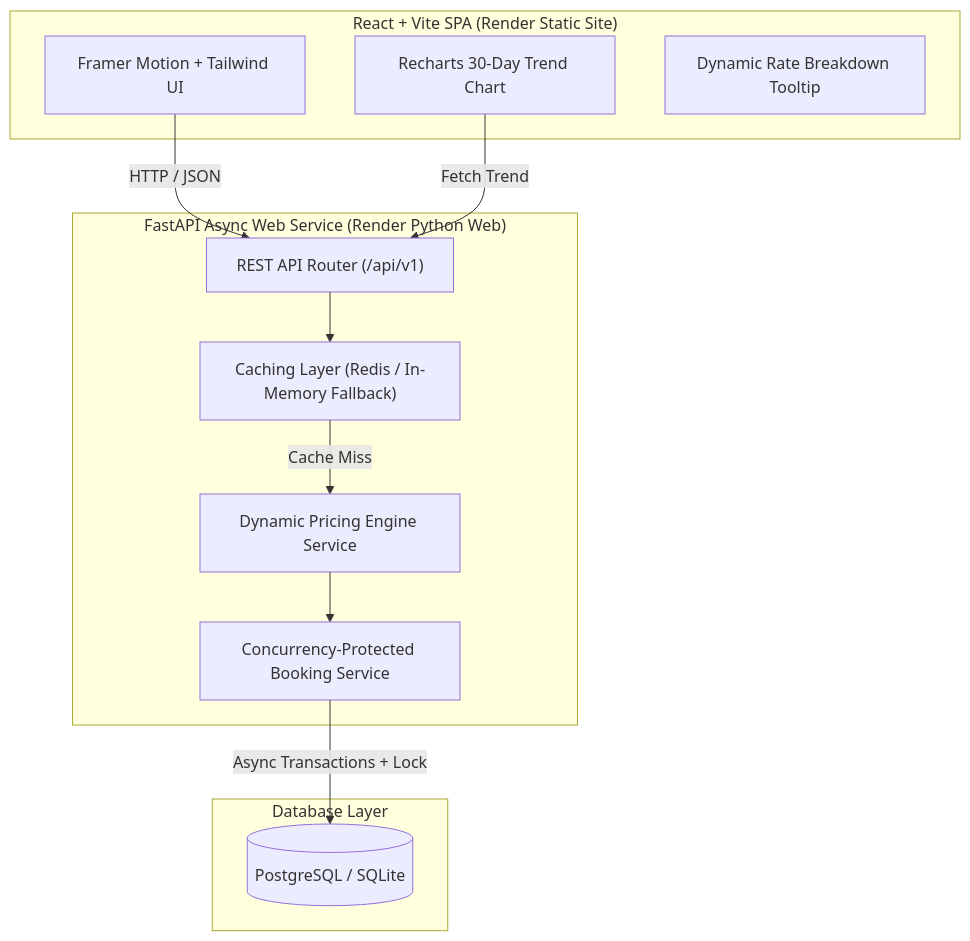
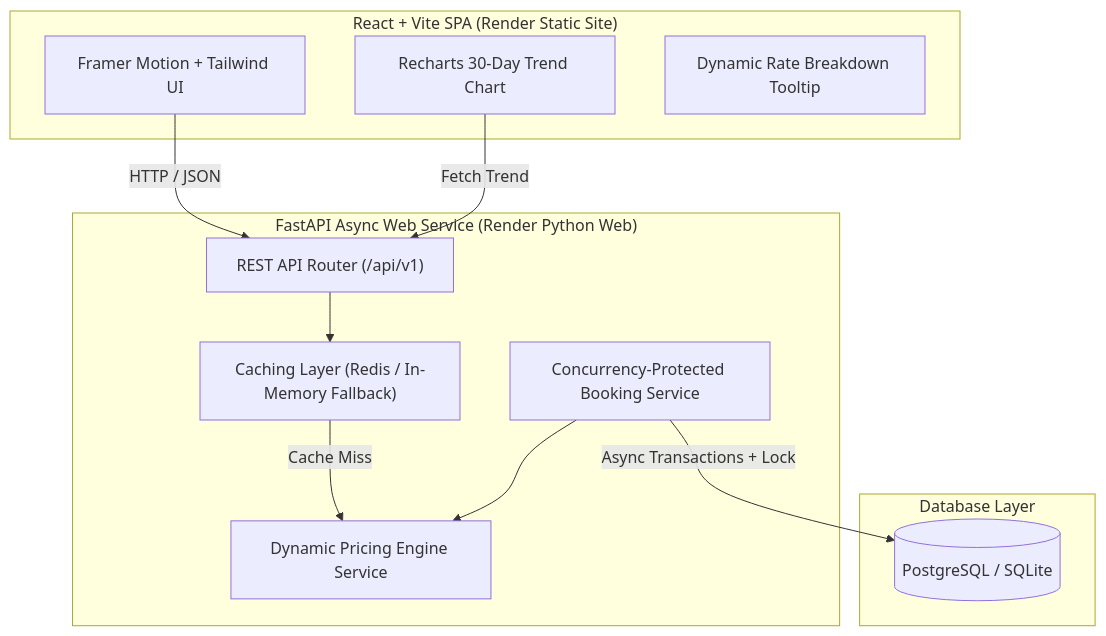
The diagram in README.md (RahulAditya22/zenith-hotel-pricing-platform), drawn with Mermaid before and after one commit. The commit also changed other lines of this file and 1 other file, not shown here.

Commit message:
fix: update Render service names to zenith-hotel-backend and zenith-hotel-frontend to avoid subdomain collisions

````diff
--- a/README.md
+++ b/README.md
@@ -23,26 +23,26 @@
 ```mermaid
 flowchart TD
     subgraph Frontend ["React + Vite SPA (Render Static Site)"]
         UI["Framer Motion + Tailwind UI"]
         Chart["Recharts 30-Day Trend Chart"]
         Tooltip["Dynamic Rate Breakdown Tooltip"]
     end
 
     subgraph Backend ["FastAPI Async Web Service (Render Python Web)"]
         API["REST API Router (/api/v1)"]
         Engine["Dynamic Pricing Engine Service"]
         BookingService["Concurrency-Protected Booking Service"]
         CacheLayer["Caching Layer (Redis / In-Memory Fallback)"]
     end
 
     subgraph Storage ["Database Layer"]
         DB[(PostgreSQL / SQLite)]
     end
 
     UI -->|HTTP / JSON| API
     Chart -->|Fetch Trend| API
     API --> CacheLayer
     CacheLayer -->|Cache Miss| Engine
-    Engine --> BookingService
+    BookingService --> Engine
     BookingService -->|Async Transactions + Lock| DB
 ```
````
